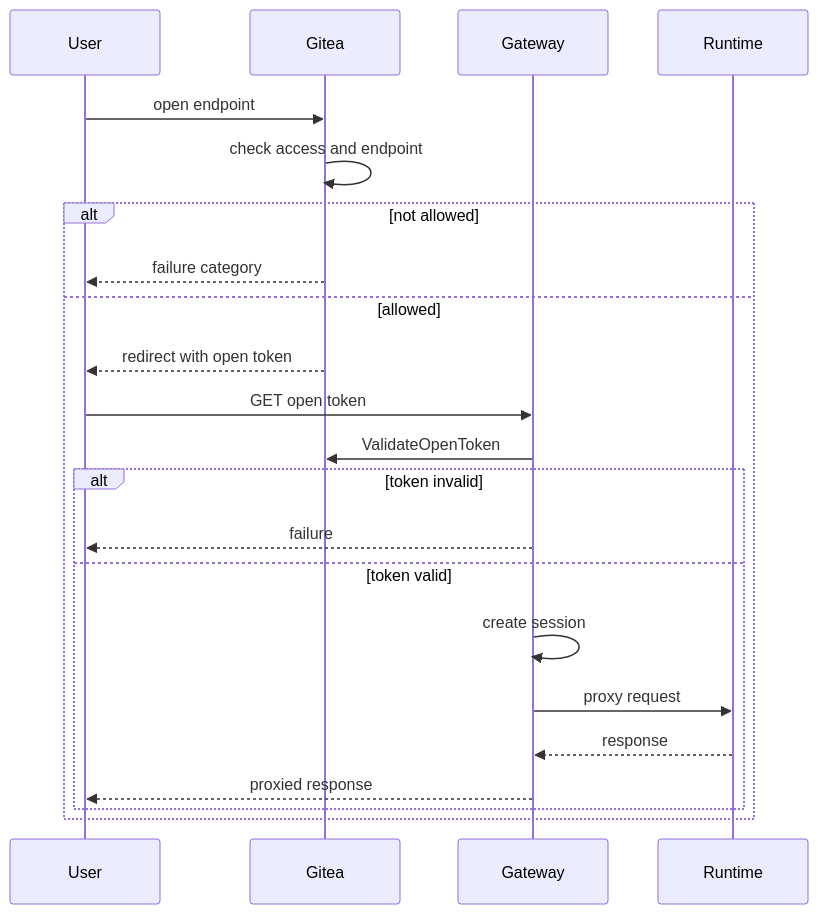
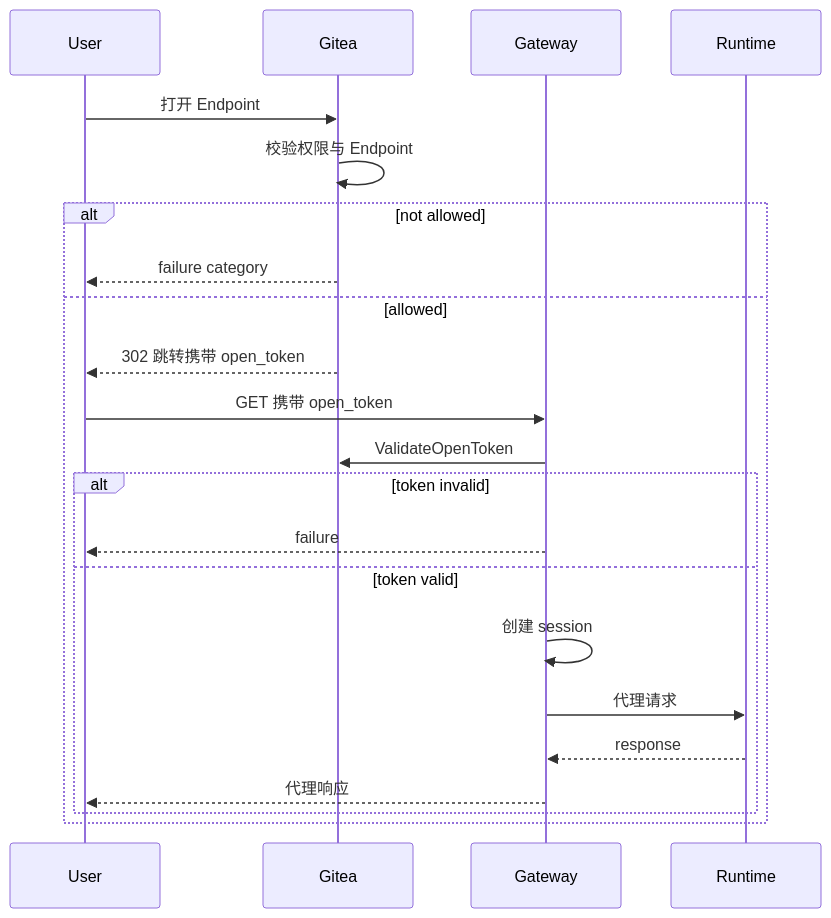
One commit to ExplodingDragon/gitea-dev changed the second of 3 diagrams in src/manager-gateway.md. Above: the diagram before and after it, drawn with Mermaid. The commit also changed other lines of this file and 8 other files, not shown here.

````diff
--- a/src/manager-gateway.md
+++ b/src/manager-gateway.md
@@ -435,25 +435,25 @@
 ```mermaid
 sequenceDiagram
     participant U as User
     participant G as Gitea
     participant W as Gateway
     participant R as Runtime
 
-    U->>G: open endpoint
-    G->>G: check access and endpoint
+    U->>G: 打开 Endpoint
+    G->>G: 校验权限与 Endpoint
     alt not allowed
         G-->>U: failure category
     else allowed
-        G-->>U: redirect with open token
-        U->>W: GET open token
+        G-->>U: 302 跳转携带 open_token
+        U->>W: GET 携带 open_token
         W->>G: ValidateOpenToken
         alt token invalid
             W-->>U: failure
         else token valid
-            W->>W: create session
-            W->>R: proxy request
+            W->>W: 创建 session
+            W->>R: 代理请求
             R-->>W: response
-            W-->>U: proxied response
+            W-->>U: 代理响应
         end
     end
 ```
````
